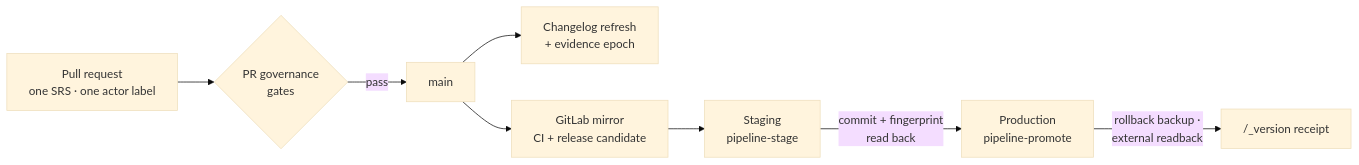
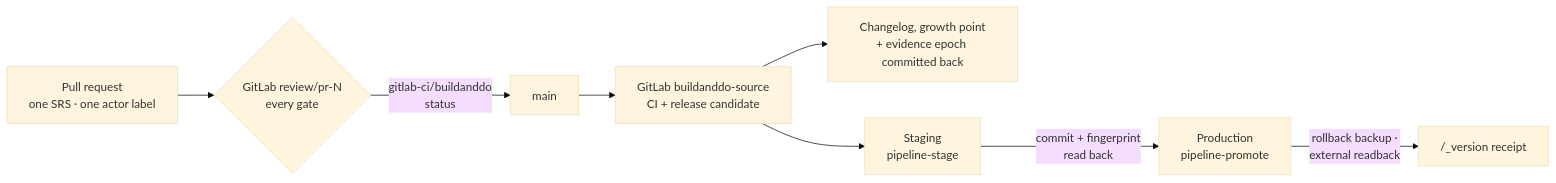
The second of 2 diagrams in README.md (mrnobodytx/buildanddo), drawn with Mermaid (base theme) before and after one commit. The commit also changed other lines of this file and 40 other files, not shown here.

````diff
--- a/README.md
+++ b/README.md
@@ -262,10 +262,10 @@
 ```mermaid
 flowchart LR
-    PR["Pull request<br/>one SRS · one actor label"] --> G{"PR governance<br/>gates"}
-    G -- pass --> M["main"]
-    M --> C["Changelog refresh<br/>+ evidence epoch"]
-    M --> GL["GitLab mirror<br/>CI + release candidate"]
+    PR["Pull request<br/>one SRS · one actor label"] --> G{"GitLab review/pr-N<br/>every gate"}
+    G -- "gitlab-ci/buildanddo<br/>status" --> M["main"]
+    M --> GL["GitLab buildanddo-source<br/>CI + release candidate"]
+    GL --> C["Changelog, growth point<br/>+ evidence epoch committed back"]
     GL --> ST["Staging<br/>pipeline-stage"]
     ST -- "commit + fingerprint<br/>read back" --> PRD["Production<br/>pipeline-promote"]
     PRD -- "rollback backup ·<br/>external readback" --> V["/_version receipt"]
 ```
````
